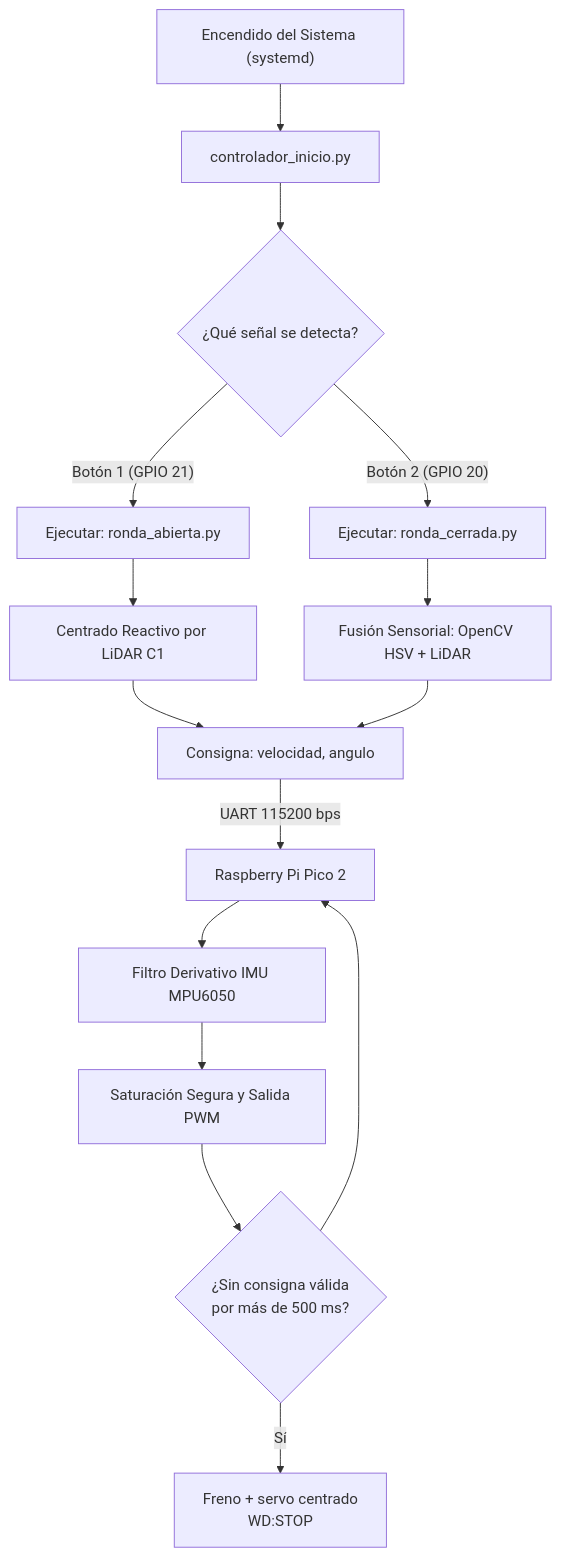
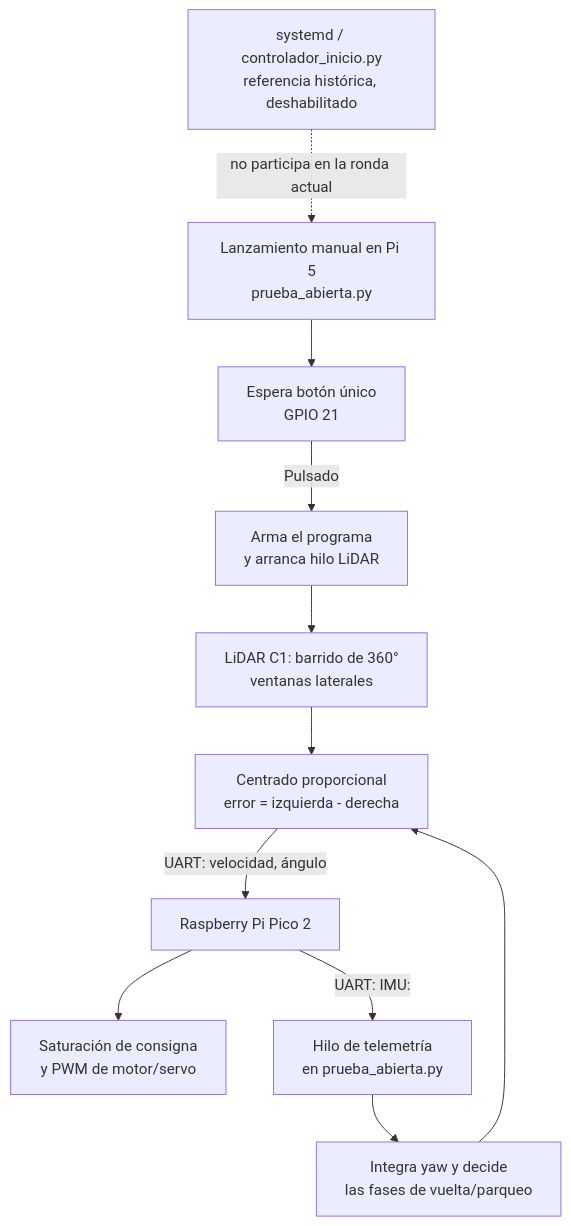
The first of 4 diagrams in README.md (Team-Los-Cedros/WRO-FE-26), drawn with Mermaid before and after one commit. The commit also changed other lines of this file, not shown here.

Commit message:
docs: corregir README de ronda abierta

````diff
--- a/README.md
+++ b/README.md
@@ -334,23 +334,16 @@
 ```mermaid
 graph TD
-    A["Encendido del Sistema (systemd)"] --> B["controlador_inicio.py"]
-    B --> C{"¿Qué señal se detecta?"}
-    
-    C -->|"Botón 1 (GPIO 21)"| D["Ejecutar: ronda_abierta.py"]
-    C -->|"Botón 2 (GPIO 20)"| E["Ejecutar: ronda_cerrada.py"]
-    
-    D --> F["Centrado Reactivo por LiDAR C1"]
-    E --> G["Fusión Sensorial: OpenCV HSV + LiDAR"]
-    
-    F --> H["Consigna: velocidad, angulo"]
-    G --> H
-    
-    H -->|"UART 115200 bps"| I["Raspberry Pi Pico 2"]
-    I --> J["Filtro Derivativo IMU MPU6050"]
-    J --> K["Saturación Segura y Salida PWM"]
-    
-    K --> L{"¿Sin consigna válida\npor más de 500 ms?"}
-    L -->|"Sí"| M["Freno + servo centrado\nWD:STOP"]
-    L --> I
+    A["Lanzamiento manual en Pi 5\nprueba_abierta.py"] --> B["Espera botón único\nGPIO 21"]
+    B -->|"Pulsado"| C["Arma el programa\ny arranca hilo LiDAR"]
+
+    C --> D["LiDAR C1: barrido de 360°\nventanas laterales"]
+    D --> E["Centrado proporcional\nerror = izquierda - derecha"]
+    E -->|"UART: velocidad, ángulo"| F["Raspberry Pi Pico 2"]
+    F --> G["Saturación de consigna\ny PWM de motor/servo"]
+    F -->|"UART: IMU:<yaw>"| H["Hilo de telemetría\nen prueba_abierta.py"]
+    H --> I["Integra yaw y decide\nlas fases de vuelta/parqueo"]
+    I --> E
+
+    J["systemd / controlador_inicio.py\nreferencia histórica, deshabilitado"] -. "no participa en la ronda actual" .-> A
 
 ```
````
